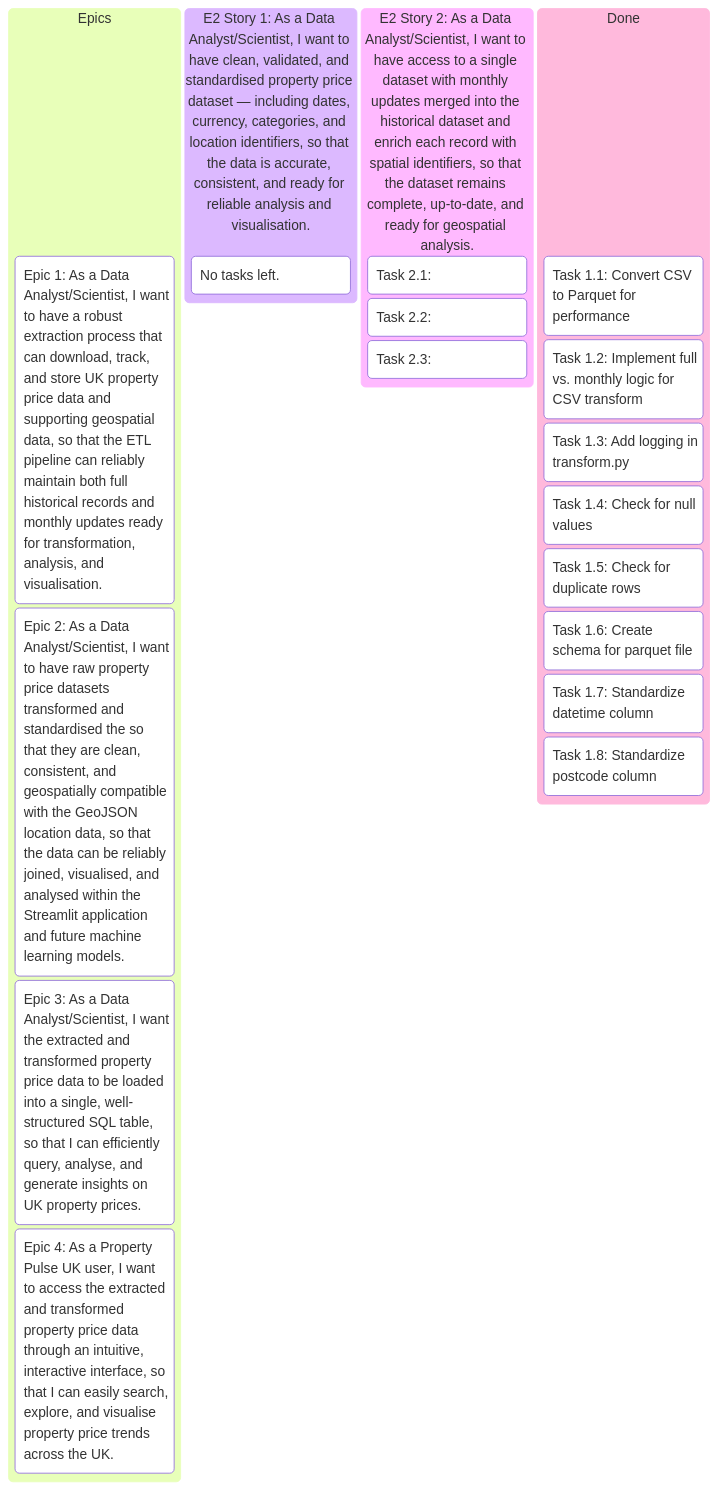
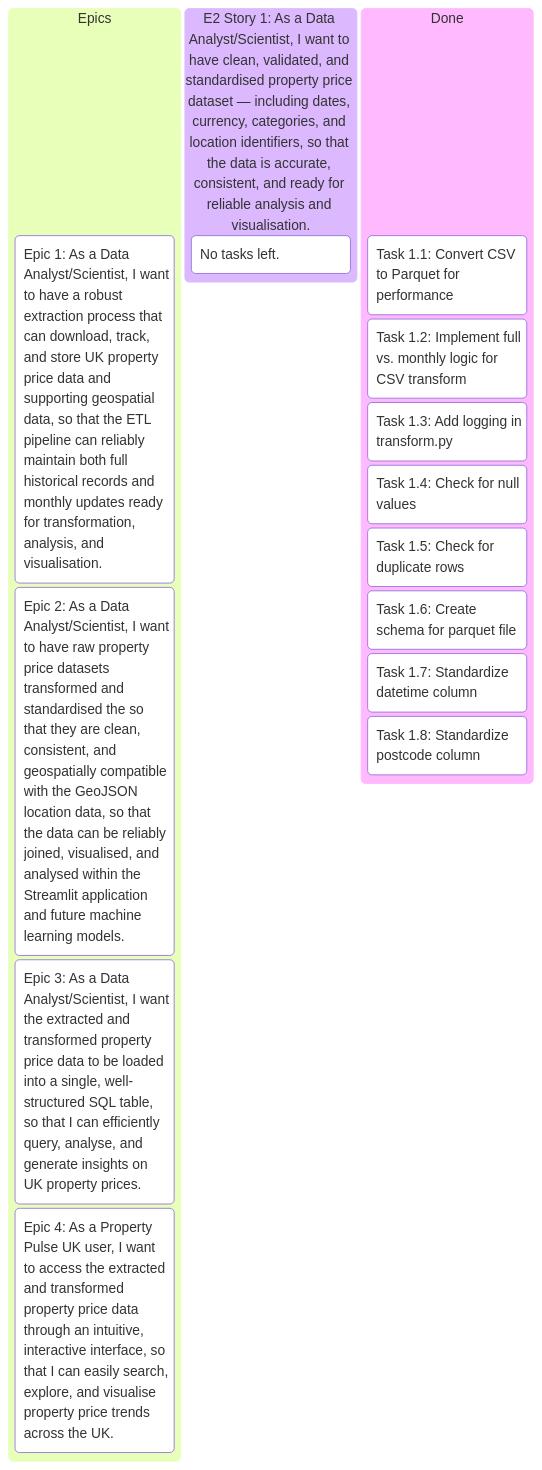
One commit to pavlekovic/property-pulse-uk changed the second of 3 diagrams in README.md. Above: the diagram before and after it, drawn with Mermaid. The commit also changed other lines of this file, not shown here.

````diff
--- a/README.md
+++ b/README.md
@@ -227,30 +227,25 @@
 ```mermaid
 kanban
     Epics
         (Epic 1: As a Data Analyst/Scientist, I want to have a robust extraction process that can download, track, and store UK property price data and supporting geospatial data, so that the ETL pipeline can reliably maintain both full historical records and monthly updates ready for transformation, analysis, and visualisation.)
 
         (Epic 2: As a Data Analyst/Scientist, I want to have raw property price datasets transformed and standardised the so that they are clean, consistent, and geospatially compatible with the GeoJSON location data, so that the data can be reliably joined, visualised, and analysed within the Streamlit application and future machine learning models.)
 
         (Epic 3: As a Data Analyst/Scientist, I want the extracted and transformed property price data to be loaded into a single, well-structured SQL table, so that I can efficiently query, analyse, and generate insights on UK property prices.)
 
         (Epic 4: As a Property Pulse UK user, I want to access the extracted and transformed property price data through an intuitive, interactive interface, so that I can easily search, explore, and visualise property price trends across the UK.)
 
     (E2 Story 1: As a Data Analyst/Scientist, I want to have clean, validated, and standardised property price dataset — including dates, currency, categories, and location identifiers, so that the data is accurate, consistent, and ready for reliable analysis and visualisation.)
         No tasks left.
 
-    (E2 Story 2: As a Data Analyst/Scientist, I want to have access to a single dataset with monthly updates merged into the historical dataset and enrich each record with spatial identifiers, so that the dataset remains complete, up-to-date, and ready for geospatial analysis.)
-        Task 2.1:
-        Task 2.2:
-        Task 2.3:
-
     Done
         Task 1.1: Convert CSV to Parquet for performance
         Task 1.2: Implement full vs. monthly logic for CSV transform
         Task 1.3: Add logging in transform.py
         Task 1.4: Check for null values
         Task 1.5: Check for duplicate rows
         Task 1.6: Create schema for parquet file
         Task 1.7: Standardize datetime column
         Task 1.8: Standardize postcode column
         
 ```
````
